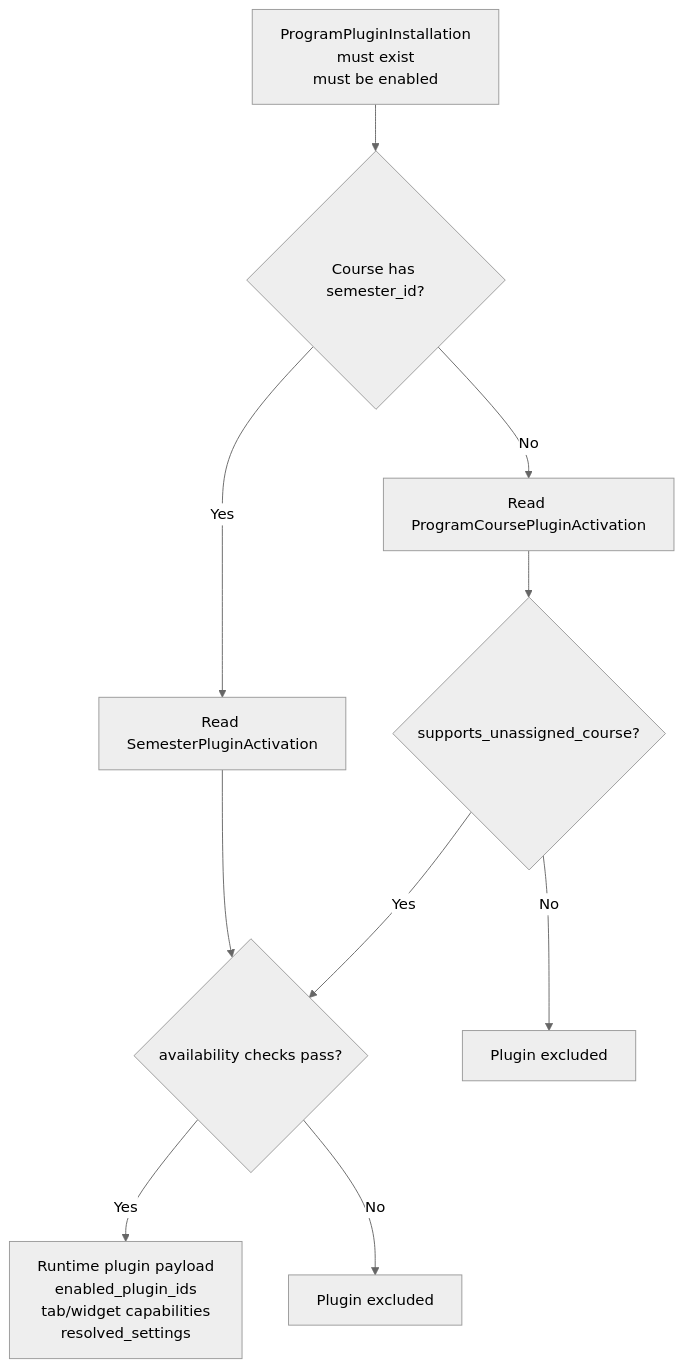
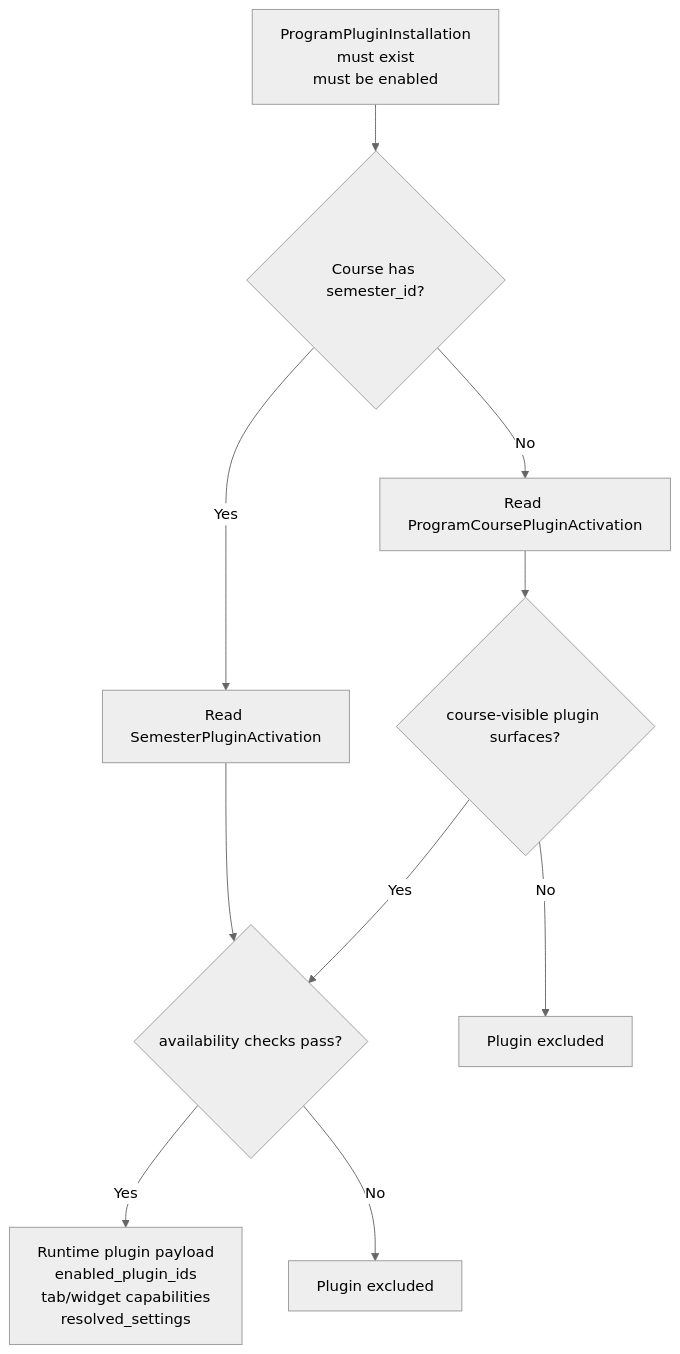
The second of 5 diagrams in docs/plugin-inheritance-architecture.md (jinyuanZhou-Leo/Semestra), drawn with Mermaid (neutral theme) before and after one commit. The commit also changed other lines of this file and 145 other files, not shown here.

````diff
--- a/docs/plugin-inheritance-architecture.md
+++ b/docs/plugin-inheritance-architecture.md
@@ -132,25 +133,25 @@
 ```mermaid
 flowchart TD
     ProgramInstall["ProgramPluginInstallation
 must exist
 must be enabled"]
     CourseCheck{"Course has semester_id?"}
     SemesterPath["Read SemesterPluginActivation"]
     CoursePath["Read ProgramCoursePluginActivation"]
-    SupportsCheck{"supports_unassigned_course?"}
+    SupportsCheck{"course-visible plugin surfaces?"}
     AvailableCheck{"availability checks pass?"}
     Runtime["Runtime plugin payload
 enabled_plugin_ids
 tab/widget capabilities
 resolved_settings"]
 
     ProgramInstall --> CourseCheck
     CourseCheck -->|Yes| SemesterPath
     CourseCheck -->|No| CoursePath
     CoursePath --> SupportsCheck
     SupportsCheck -->|Yes| AvailableCheck
     SupportsCheck -->|No| Stop1["Plugin excluded"]
     SemesterPath --> AvailableCheck
     AvailableCheck -->|Yes| Runtime
     AvailableCheck -->|No| Stop2["Plugin excluded"]
 ```
````
